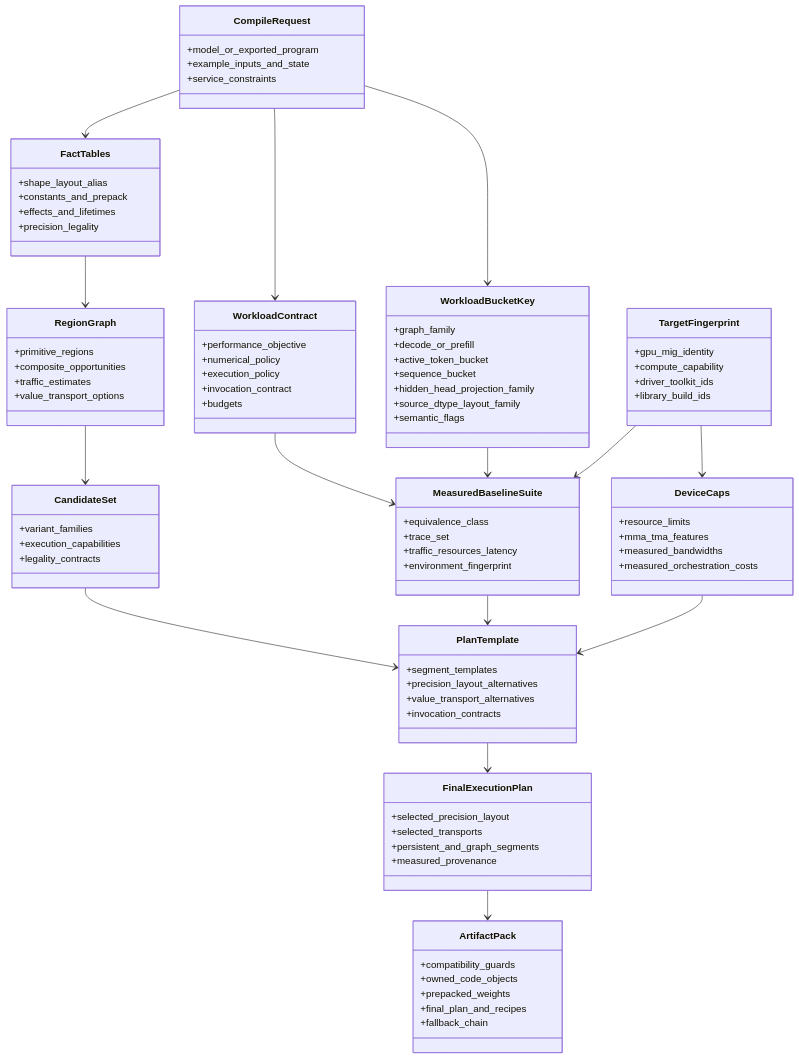
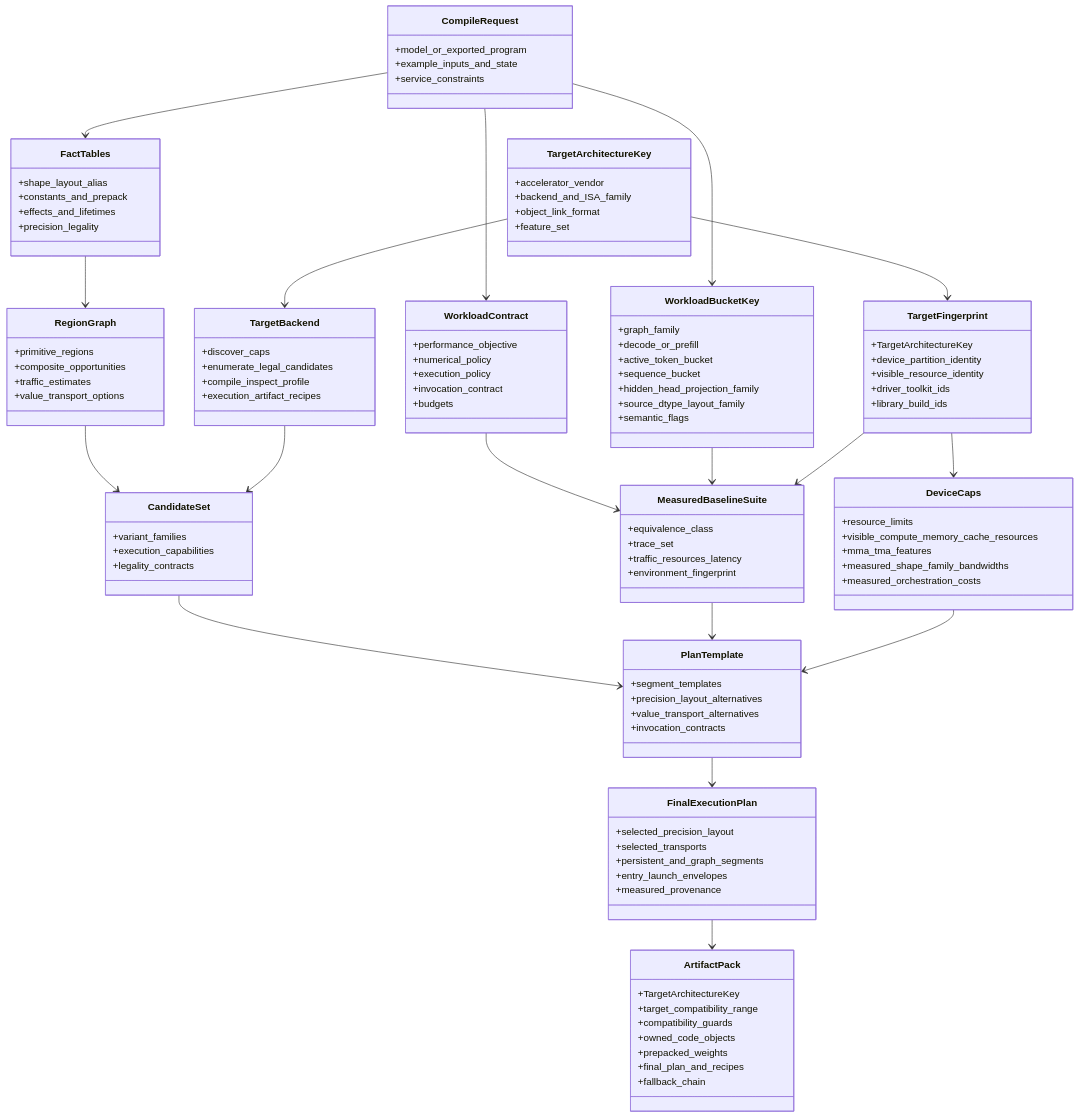
One commit to megabake/megabake changed the fifth of 16 diagrams in MEGABAKE_V2_DATAFLOW_DIAGRAM.md. Above: the diagram before and after it, drawn with Mermaid. The commit also changed other lines of this file and 6 other files, not shown here.

Commit message:
updating the final architecture

```diff
--- a/MEGABAKE_V2_DATAFLOW_DIAGRAM.md
+++ b/MEGABAKE_V2_DATAFLOW_DIAGRAM.md
@@ -177,16 +204,32 @@
   }
 
   class TargetFingerprint {
-    +gpu_mig_identity
-    +compute_capability
+    +TargetArchitectureKey
+    +device_partition_identity
+    +visible_resource_identity
     +driver_toolkit_ids
     +library_build_ids
   }
 
+  class TargetArchitectureKey {
+    +accelerator_vendor
+    +backend_and_ISA_family
+    +object_link_format
+    +feature_set
+  }
+
+  class TargetBackend {
+    +discover_caps
+    +enumerate_legal_candidates
+    +compile_inspect_profile
+    +execution_artifact_recipes
+  }
+
   class DeviceCaps {
     +resource_limits
+    +visible_compute_memory_cache_resources
     +mma_tma_features
-    +measured_bandwidths
+    +measured_shape_family_bandwidths
     +measured_orchestration_costs
   }
 
@@ -228,10 +271,13 @@
     +selected_precision_layout
     +selected_transports
     +persistent_and_graph_segments
+    +entry_launch_envelopes
     +measured_provenance
   }
 
   class ArtifactPack {
+    +TargetArchitectureKey
+    +target_compatibility_range
     +compatibility_guards
     +owned_code_objects
     +prepacked_weights
@@ -242,6 +288,8 @@
   CompileRequest --> WorkloadContract
   CompileRequest --> WorkloadBucketKey
   CompileRequest --> FactTables
+  TargetArchitectureKey --> TargetFingerprint
+  TargetArchitectureKey --> TargetBackend
   TargetFingerprint --> DeviceCaps
   FactTables --> RegionGraph
   RegionGraph --> CandidateSet
@@ -249,6 +297,7 @@
   WorkloadBucketKey --> MeasuredBaselineSuite
   TargetFingerprint --> MeasuredBaselineSuite
   CandidateSet --> PlanTemplate
+  TargetBackend --> CandidateSet
   MeasuredBaselineSuite --> PlanTemplate
   DeviceCaps --> PlanTemplate
   PlanTemplate --> FinalExecutionPlan
```
